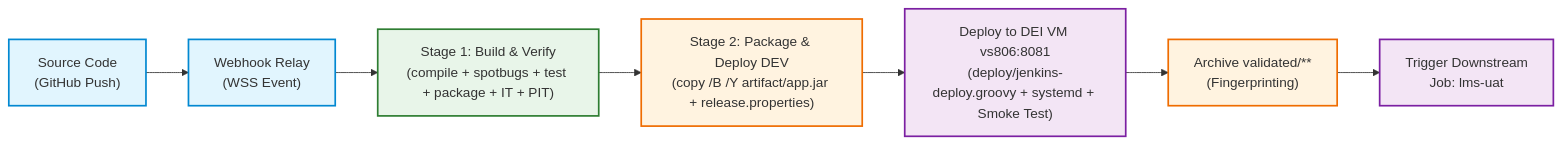
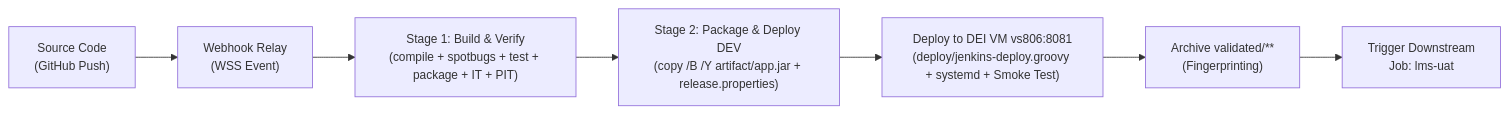
The diagram in Docs/ODSOFT/pipeline/ci-build-and-code-analysis.md (RafaelBrandao04/psoft-project-2026-1), drawn with Mermaid before and after one commit. The commit also changed other lines of this file and 6 other files, not shown here.

````diff
--- a/Docs/ODSOFT/pipeline/ci-build-and-code-analysis.md
+++ b/Docs/ODSOFT/pipeline/ci-build-and-code-analysis.md
@@ -24,19 +24,10 @@
 ```mermaid
+%%{init: {'themeVariables': { 'fontSize': '14px' }, 'flowchart': { 'subGraphTitleMargin': { 'top': 15, 'bottom': 20 } } } }%%
 flowchart LR
     SRC["Source Code<br/>(GitHub Push)"] --> WR["Webhook Relay<br/>(WSS Event)"]
     WR --> STAGE1["Stage 1: Build & Verify<br/>(compile + spotbugs + test + package + IT + PIT)"]
     STAGE1 --> STAGE2["Stage 2: Package & Deploy DEV<br/>(copy /B /Y artifact/app.jar + release.properties)"]
     STAGE2 --> SSH["Deploy to DEI VM vs806:8081<br/>(deploy/jenkins-deploy.groovy + systemd + Smoke Test)"]
     SSH --> ARCHIVE["Archive validated/**<br/>(Fingerprinting)"]
     ARCHIVE --> UAT["Trigger Downstream<br/>Job: lms-uat"]
-
-    classDef srcStyle fill:#e1f5fe,stroke:#0288d1,stroke-width:2px;
-    classDef buildStyle fill:#e8f5e9,stroke:#2e7d32,stroke-width:2px;
-    classDef pkgStyle fill:#fff3e0,stroke:#ef6c00,stroke-width:2px;
-    classDef cdStyle fill:#f3e5f5,stroke:#7b1fa2,stroke-width:2px;
-
-    class SRC,WR srcStyle;
-    class STAGE1 buildStyle;
-    class STAGE2,ARCHIVE pkgStyle;
-    class SSH,UAT cdStyle;
 ```
````
